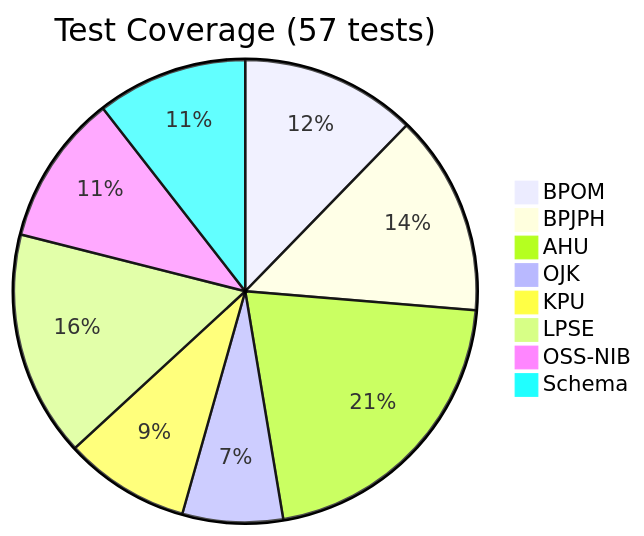
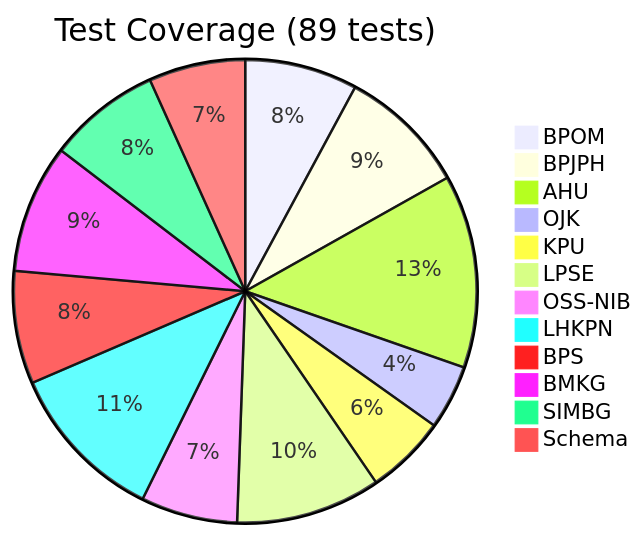
Before and after one commit to suryast/indonesia-civic-stack: the fifth of 5 diagrams in README.md, drawn with Mermaid. The commit also changed other lines of this file, not shown here.

````diff
--- a/README.md
+++ b/README.md
@@ -314,11 +335,15 @@
 ```mermaid
-pie title Test Coverage (57 tests)
+pie title Test Coverage (89 tests)
     "BPOM" : 7
     "BPJPH" : 8
     "AHU" : 12
     "OJK" : 4
     "KPU" : 5
     "LPSE" : 9
     "OSS-NIB" : 6
+    "LHKPN" : 10
+    "BPS" : 7
+    "BMKG" : 8
+    "SIMBG" : 7
     "Schema" : 6
 ```
````
